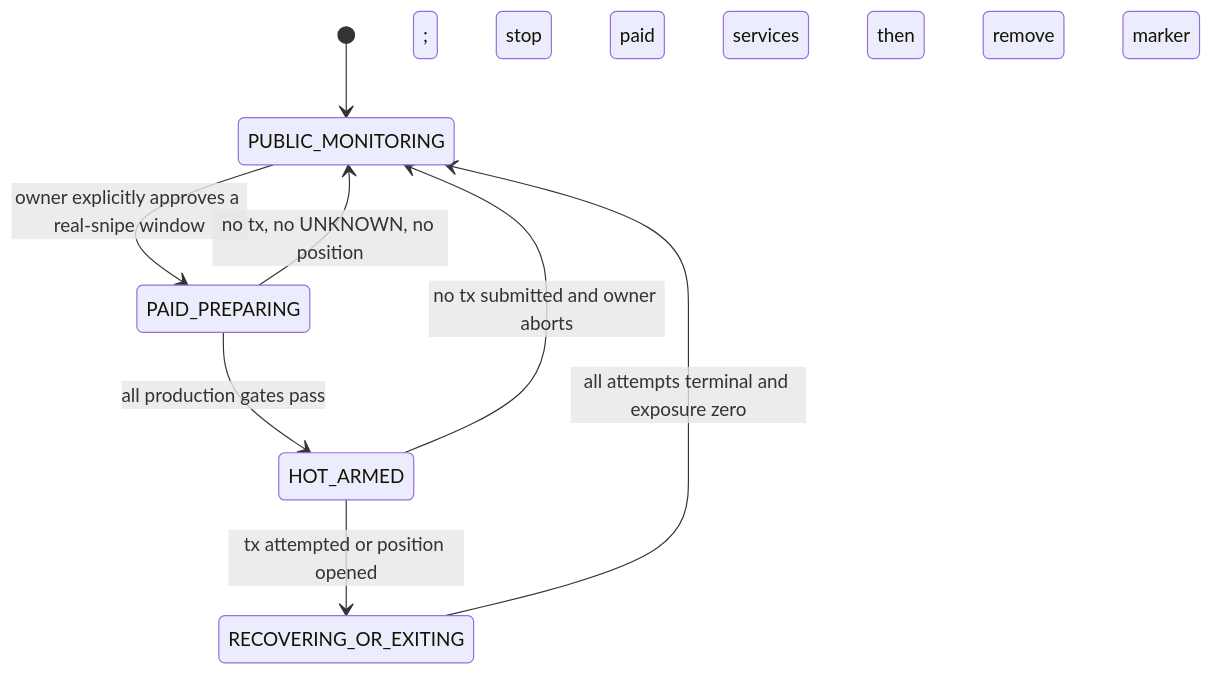
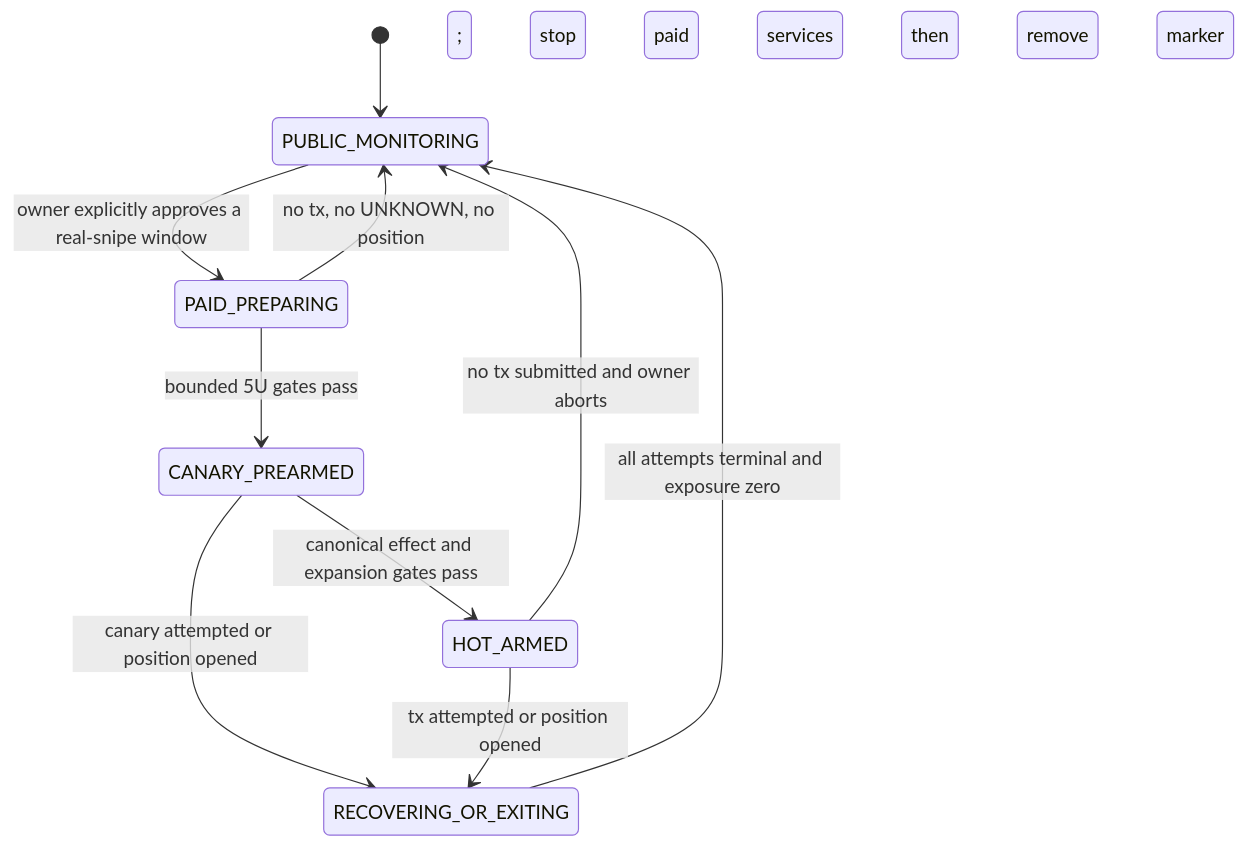
Before and after one commit to MeiYanDong/clockin-sniper: the third of 3 diagrams in docs/plan.md, drawn with Mermaid. The commit also changed other lines of this file and 89 other files, not shown here.

Commit message:
feat: arm CLOCKIN quoted production hot path

````diff
--- a/docs/plan.md
+++ b/docs/plan.md
@@ -2030,10 +2041,12 @@
 ```mermaid
 stateDiagram-v2
     [*] --> PUBLIC_MONITORING
     PUBLIC_MONITORING --> PAID_PREPARING: owner explicitly approves a real-snipe window
-    PAID_PREPARING --> HOT_ARMED: all production gates pass
+    PAID_PREPARING --> CANARY_PREARMED: bounded 5U gates pass
+    CANARY_PREARMED --> HOT_ARMED: canonical effect and expansion gates pass
     PAID_PREPARING --> PUBLIC_MONITORING: no tx, no UNKNOWN, no position; stop paid services then remove marker
+    CANARY_PREARMED --> RECOVERING_OR_EXITING: canary attempted or position opened
     HOT_ARMED --> RECOVERING_OR_EXITING: tx attempted or position opened
     RECOVERING_OR_EXITING --> PUBLIC_MONITORING: all attempts terminal and exposure zero; stop paid services then remove marker
     HOT_ARMED --> PUBLIC_MONITORING: no tx submitted and owner aborts
 ```
````
